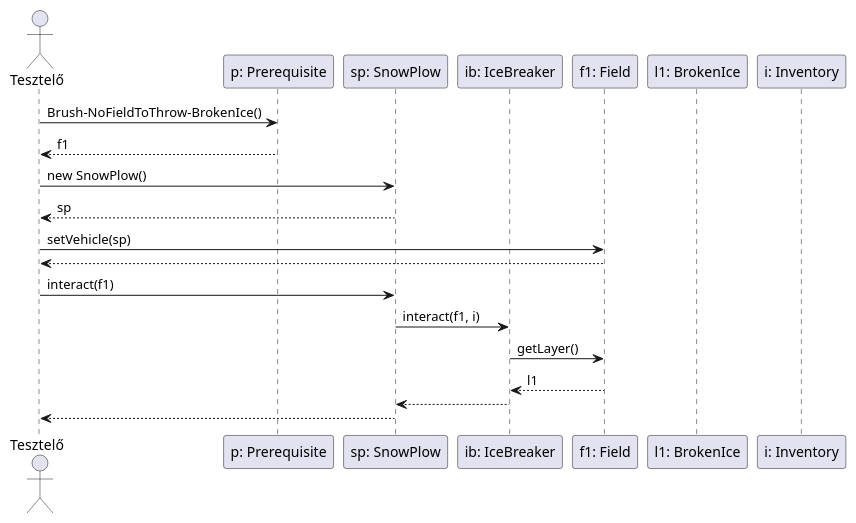
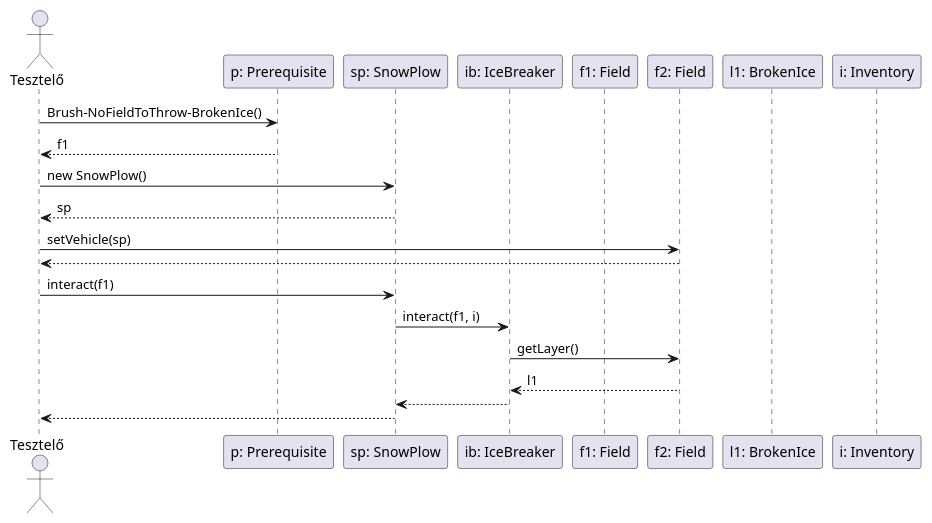
Before and after one commit to uhrinandor/spring: the diagram in docs/skeleton/Icebreaker/IceBreaker-BrokenIce.plantuml, drawn with PlantUML. The commit also changed 12 other files, not shown here.

```diff
--- a/docs/skeleton/Icebreaker/IceBreaker-BrokenIce.plantuml
+++ b/docs/skeleton/Icebreaker/IceBreaker-BrokenIce.plantuml
@@ -1,25 +1,26 @@
 @startuml
 actor "Tesztelő" as tester
 participant "p: Prerequisite" as preq
 participant "sp: SnowPlow" as SnowP
 participant "ib: IceBreaker" as ib
-participant "f1: Field" as f1
+participant "f1: Field" as f3
+participant "f2: Field" as f1
 participant "l1: BrokenIce" as l1
 participant "i: Inventory" as i
 
 
 
 tester -> preq: Brush-NoFieldToThrow-BrokenIce()
 preq --> tester: f1
 tester -> SnowP: new SnowPlow()
 SnowP --> tester: sp
 tester -> f1: setVehicle(sp)
 f1 --> tester
 tester -> SnowP: interact(f1)
 SnowP -> ib: interact(f1, i)
 ib -> f1: getLayer()
 f1 --> ib: l1
 ib --> SnowP 
 SnowP --> tester
 
 @enduml
```
